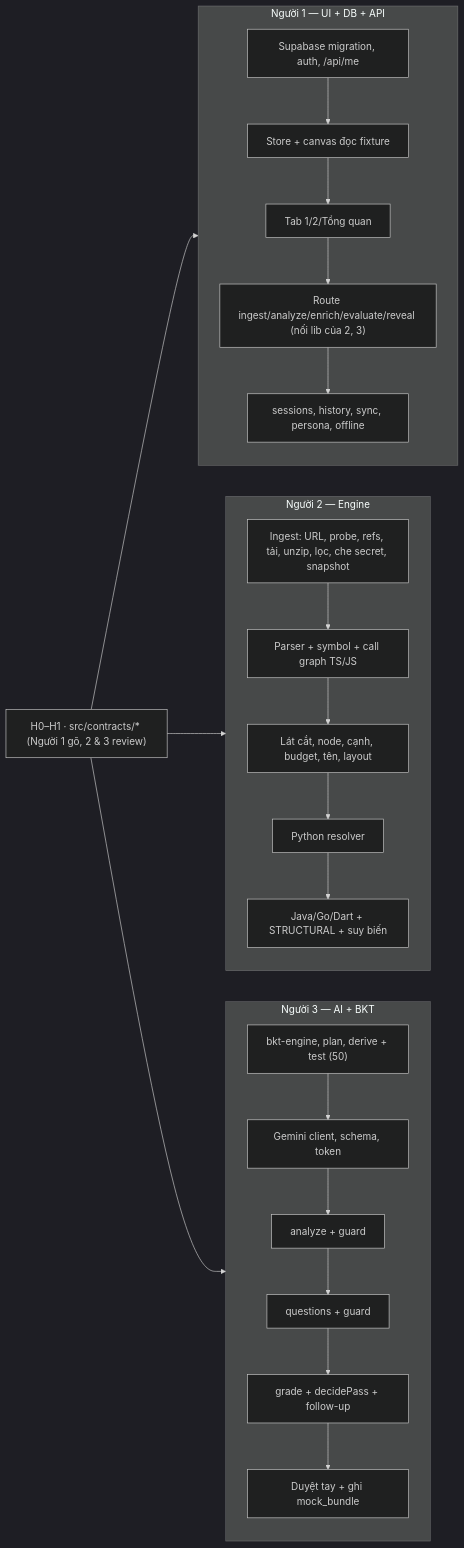
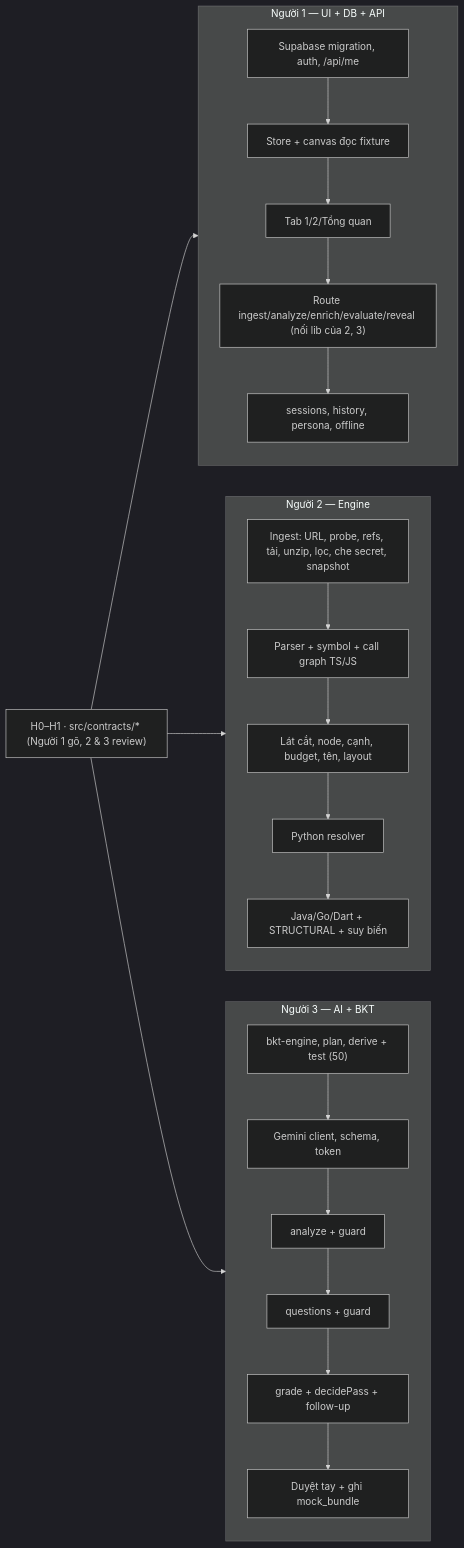
One commit to huynhthanhnhannnh-pixel/Hackathon_SGU changed the diagram in spec/40_KE_HOACH_21H.md. Above: the diagram before and after it, drawn with Mermaid (dark theme). The commit also changed other lines of this file and 10 other files, not shown here.

````diff
--- a/spec/40_KE_HOACH_21H.md
+++ b/spec/40_KE_HOACH_21H.md
@@ -12,13 +12,13 @@
 ```mermaid
 flowchart LR
     C["H0–H1 · src/contracts/* (Người 1 gõ, 2 & 3 review)"] --> P1 & P2 & P3
     subgraph P1["Người 1 — UI + DB + API"]
-      A1["Supabase migration, auth, /api/me"] --> A2["Store + canvas đọc fixture"] --> A3["Tab 1/2/Tổng quan"] --> A4["Route ingest/analyze/enrich/evaluate/reveal (nối lib của 2, 3)"] --> A5["sessions, history, sync, persona, offline"]
+      A1["Supabase migration, auth, /api/me"] --> A2["Store + canvas đọc fixture"] --> A3["Tab 1/2/Tổng quan"] --> A4["Route ingest/analyze/enrich/evaluate/reveal (nối lib của 2, 3)"] --> A5["sessions, history, persona, offline"]
     end
     subgraph P2["Người 2 — Engine"]
       B1["Ingest: URL, probe, refs, tải, unzip, lọc, che secret, snapshot"] --> B2["Parser + symbol + call graph TS/JS"] --> B3["Lát cắt, node, cạnh, budget, tên, layout"] --> B4["Python resolver"] --> B5["Java/Go/Dart + STRUCTURAL + suy biến"]
     end
     subgraph P3["Người 3 — AI + BKT"]
       D1["bkt-engine, plan, derive + test (50)"] --> D2["Gemini client, schema, token"] --> D3["analyze + guard"] --> D4["questions + guard"] --> D5["grade + decidePass + follow-up"] --> D6["Duyệt tay + ghi mock_bundle"]
     end
 ```
````
